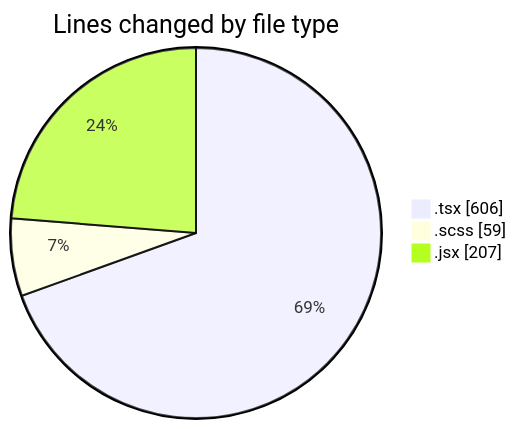
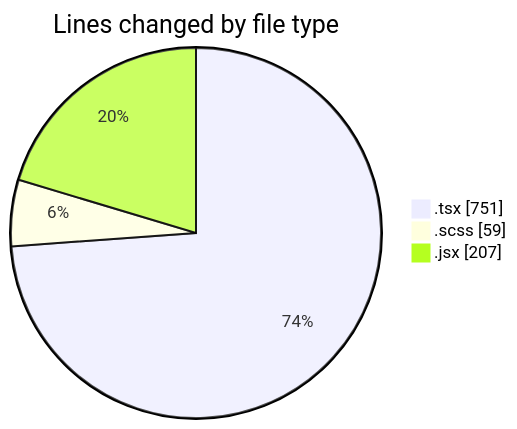
Before and after one commit to momahboobian/code-tracking: the first of 2 diagrams in 2026-07-23/cda/README.md, drawn with Mermaid. The commit also changed other lines of this file and 1 other file, not shown here.

````diff
--- a/2026-07-23/cda/README.md
+++ b/2026-07-23/cda/README.md
@@ -25,7 +25,7 @@
 ```mermaid
 pie showData
 title Lines changed by file type
-".tsx" : 606
+".tsx" : 751
 ".scss" : 59
 ".jsx" : 207
 ```
````
